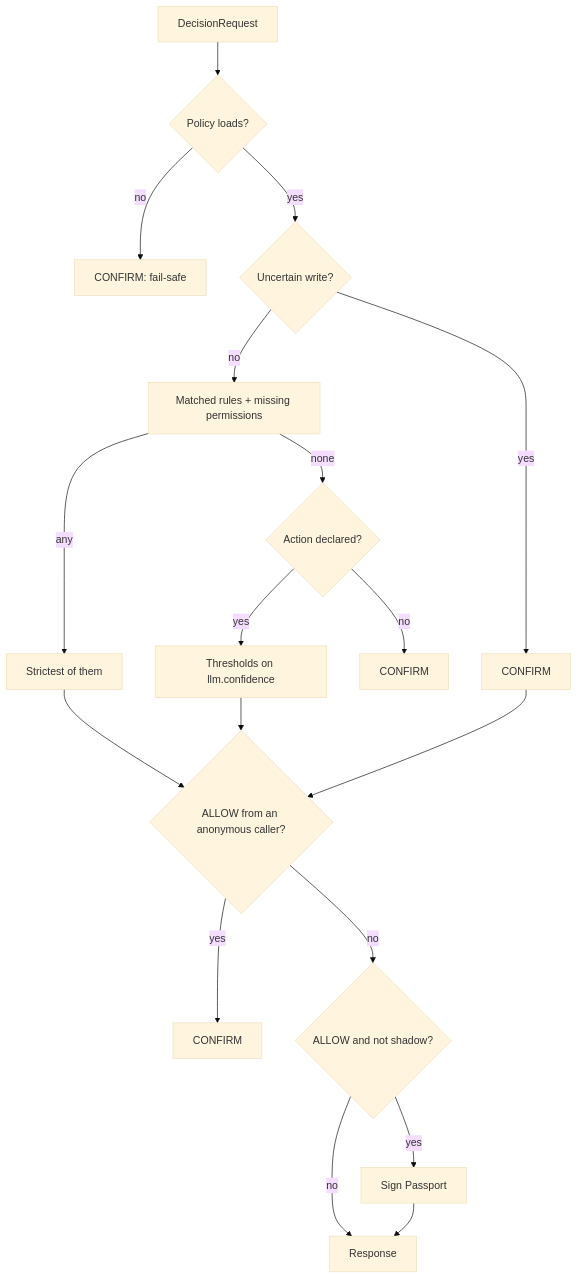
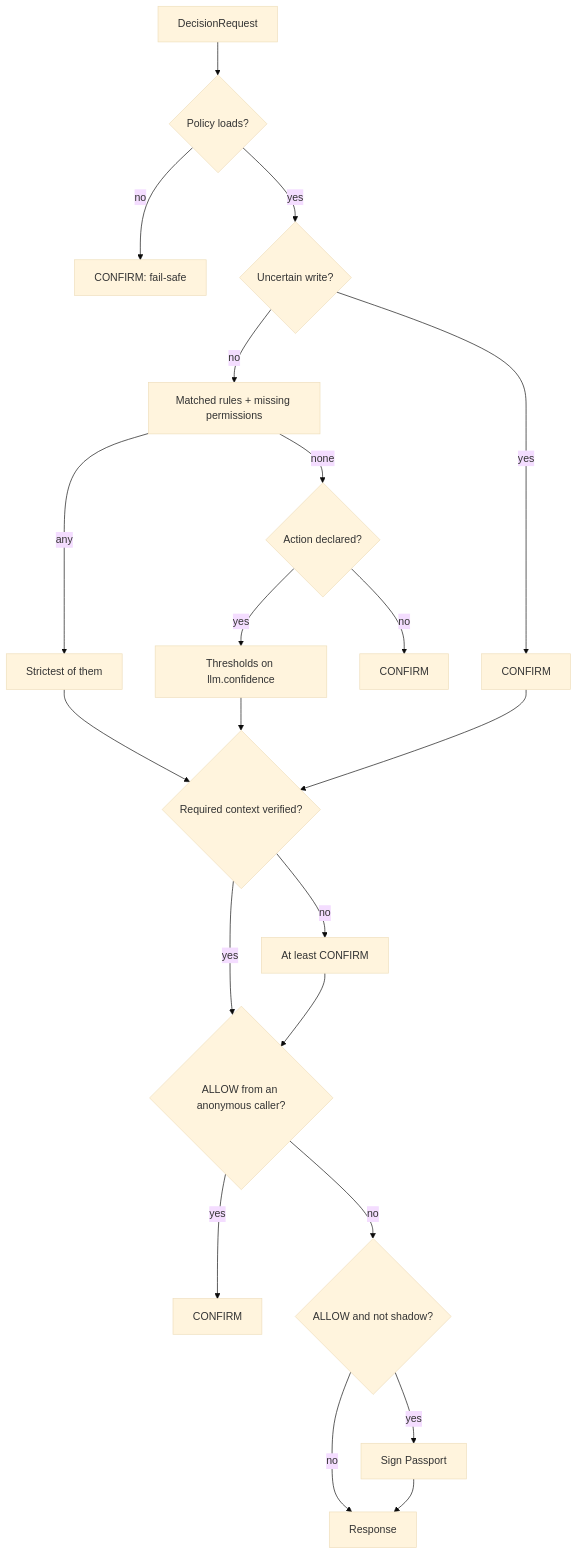
The diagram in docs/concepts.md (pinheirodps/axg), drawn with Mermaid (base theme) before and after one commit. The commit also changed other lines of this file and 17 other files, not shown here.

````diff
--- a/docs/concepts.md
+++ b/docs/concepts.md
@@ -26,20 +27,23 @@
 ```mermaid
 flowchart TD
     R[DecisionRequest] --> L{Policy loads?}
     L -- no --> FS[CONFIRM: fail-safe]
     L -- yes --> U{Uncertain write?}
     U -- yes --> C1[CONFIRM]
     U -- no --> RP[Matched rules + missing permissions]
     RP -- any --> S[Strictest of them]
     RP -- none --> K{Action declared?}
     K -- no --> C2[CONFIRM]
     K -- yes --> T[Thresholds on llm.confidence]
-    S --> A{ALLOW from an anonymous caller?}
-    T --> A
-    C1 --> A
+    S --> V{Required context verified?}
+    T --> V
+    C1 --> V
+    V -- no --> C4[At least CONFIRM]
+    V -- yes --> A{ALLOW from an anonymous caller?}
+    C4 --> A
     A -- yes --> C3[CONFIRM]
     A -- no --> P{ALLOW and not shadow?}
     P -- yes --> PS[Sign Passport]
     P -- no --> OUT[Response]
     PS --> OUT
 ```
````
